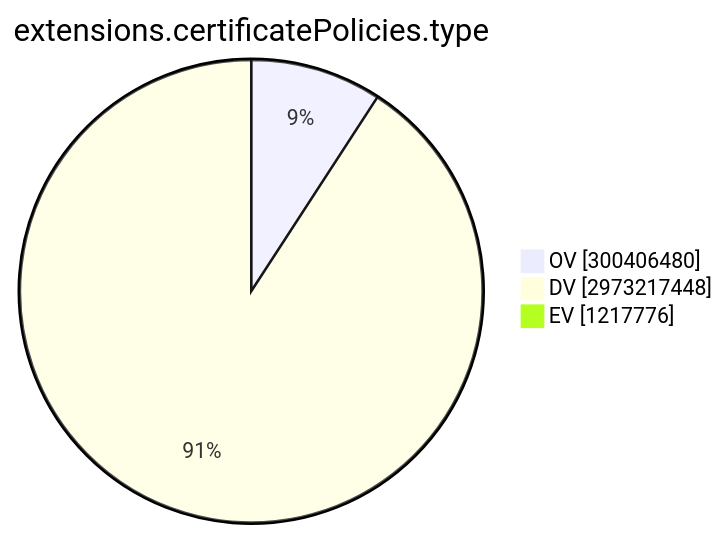
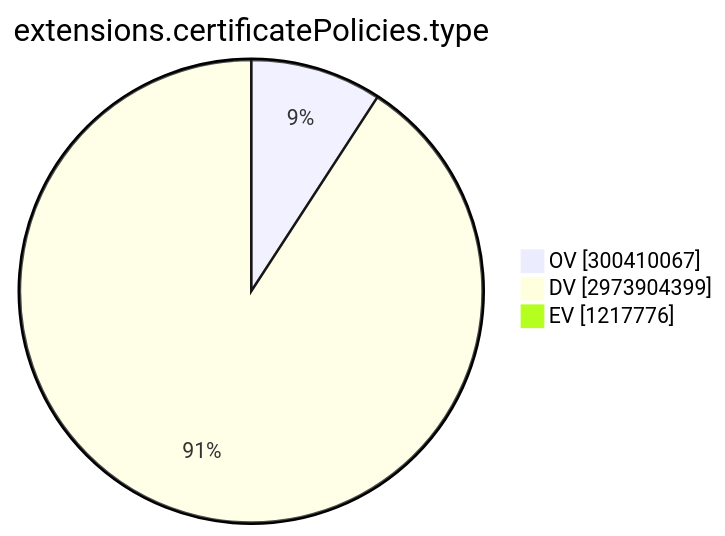
One commit to christiankrug/ctmonitor_visualization changed the ninth of 15 diagrams in TOTAL/README.md. Above: the diagram before and after it, drawn with Mermaid. The commit also changed other lines of this file, not shown here.

````diff
--- a/TOTAL/README.md
+++ b/TOTAL/README.md
@@ -3101,7 +3101,7 @@
 ```mermaid
 pie showData
 title extensions.certificatePolicies.type
-"OV" :300406480
-"DV" :2973217448
+"OV" :300410067
+"DV" :2973904399
 "EV" :1217776
 ```
````
